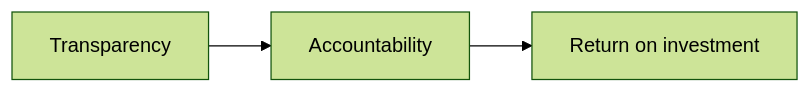
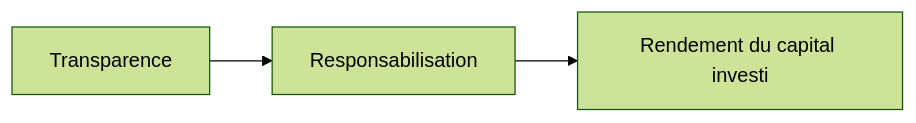
Before and after one commit to Alliance-RDM-GDR/CUR_Res_DepositingData: the third of 3 diagrams in RDM_DepositingData_fr.qmd, drawn with Mermaid (forest theme). The commit also changed other lines of this file and 3 other files, not shown here.

````diff
--- a/RDM_DepositingData_fr.qmd
+++ b/RDM_DepositingData_fr.qmd
@@ -104,7 +107,8 @@
 ```{mermaid}
-%%| fig-width: 10
-%%| fig-height: 9
+%%| fig-width: 20
+%%| fig-height: 10
 
 flowchart LR
-  A[Transparency] --> B[Accountability] --> C[Return on investment]
+A[Transparence] --> B[Responsabilisation] 
+B --> C[Rendement du capital investi]
 ```
````
